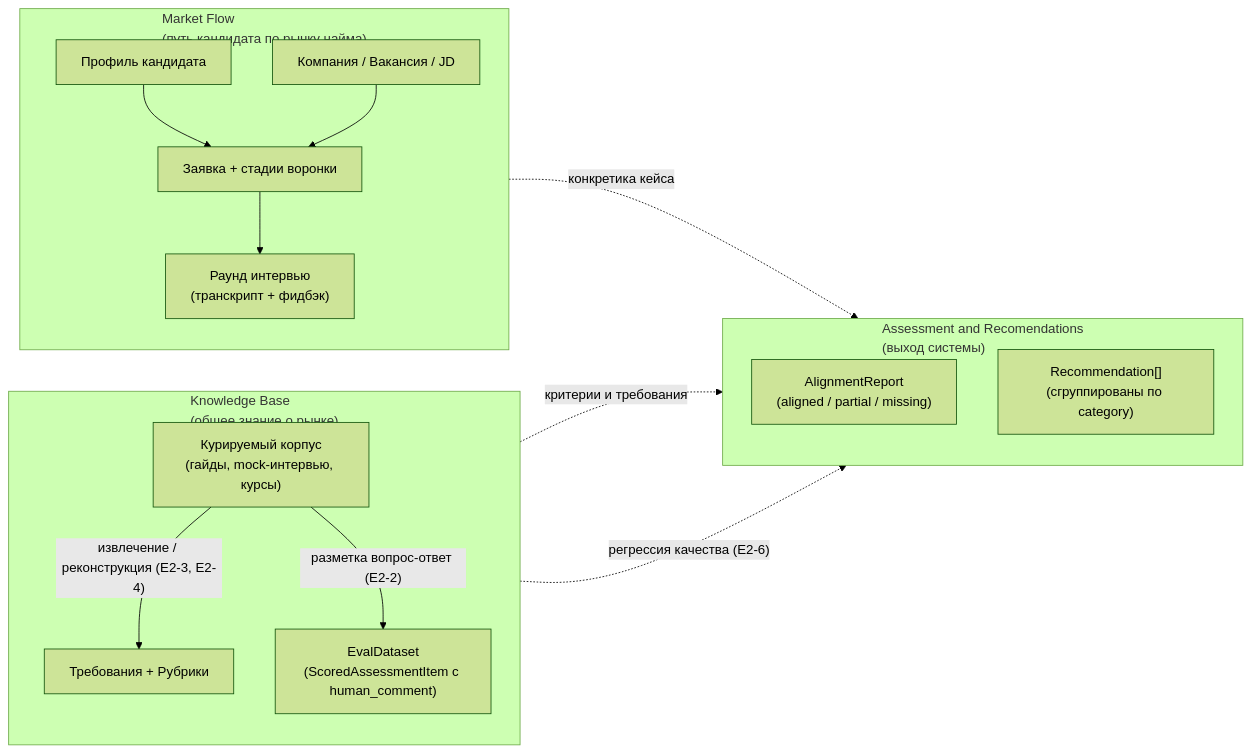
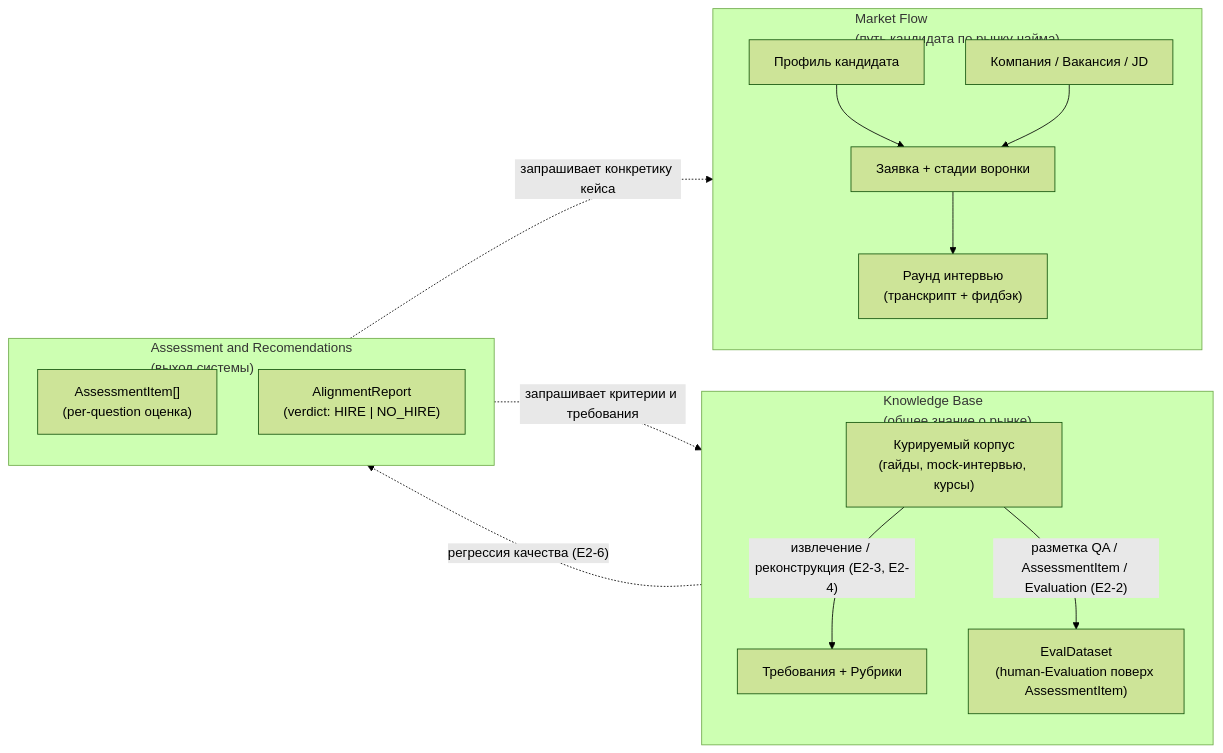
One commit to margomrkv/interview-debrief-assistant changed the first of 5 diagrams in md/spec.md. Above: the diagram before and after it, drawn with Mermaid (forest theme). The commit also changed other lines of this file and 4 other files, not shown here.

````diff
--- a/md/spec.md
+++ b/md/spec.md
@@ -49,32 +49,32 @@
 ```mermaid
 flowchart LR
     subgraph MF["Market Flow<br/>(путь кандидата по рынку найма)"]
         direction TB
         MF1["Профиль кандидата"]
         MF2["Компания / Вакансия / JD"]
         MF3["Заявка + стадии воронки"]
         MF4["Раунд интервью<br/>(транскрипт + фидбэк)"]
         MF1 --> MF3
         MF2 --> MF3
         MF3 --> MF4
     end
 
     subgraph KB["Knowledge Base<br/>(общее знание о рынке)"]
         direction TB
         KB1["Курируемый корпус<br/>(гайды, mock-интервью, курсы)"]
         KB2["Требования + Рубрики"]
-        KB3["EvalDataset<br/>(ScoredAssessmentItem с human_comment)"]
+        KB3["EvalDataset<br/>(human-Evaluation поверх AssessmentItem)"]
         KB1 -- "извлечение / реконструкция (E2-3, E2-4)" --> KB2
-        KB1 -- "разметка вопрос-ответ (E2-2)" --> KB3
+        KB1 -- "разметка QA / AssessmentItem / Evaluation (E2-2)" --> KB3
     end
 
     subgraph AR["Assessment and Recomendations<br/>(выход системы)"]
         direction TB
-        AR1["AlignmentReport<br/>(aligned / partial / missing)"]
-        AR2["Recommendation[]<br/>(сгруппированы по category)"]
+        AR1["AssessmentItem[]<br/>(per-question оценка)"]
+        AR2["AlignmentReport<br/>(verdict: HIRE | NO_HIRE)"]
     end
 
-    MF -. "конкретика кейса" .-> AR
-    KB -. "критерии и требования" .-> AR
+    AR -. "запрашивает конкретику кейса" .-> MF
+    AR -. "запрашивает критерии и требования" .-> KB
     KB3 -. "регрессия качества (E2-6)" .-> AR
 ```
````
